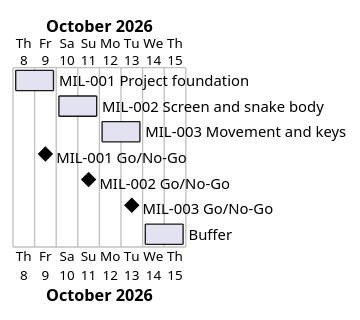
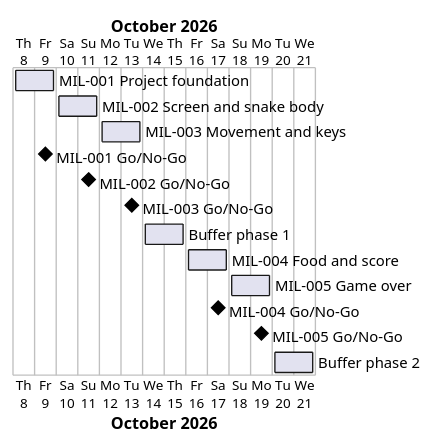
One commit to Tirsvad-Udemy-100-days-of-code/020-snake-game changed the diagram in docs/project-plan.md. Above: the diagram before and after it, drawn with PlantUML. The commit also changed other lines of this file and 14 other files, not shown here.

````diff
--- a/docs/project-plan.md
+++ b/docs/project-plan.md
@@ -54,12 +53,17 @@
 ```plantuml
 @startgantt
 Project starts 2026-10-08
 [MIL-001 Project foundation] starts 2026-10-08 and ends 2026-10-09
 [MIL-002 Screen and snake body] starts 2026-10-10 and ends 2026-10-11
 [MIL-003 Movement and keys] starts 2026-10-12 and ends 2026-10-13
 [MIL-001 Go/No-Go] happens 2026-10-09
 [MIL-002 Go/No-Go] happens 2026-10-11
 [MIL-003 Go/No-Go] happens 2026-10-13
-[Buffer] starts 2026-10-14 and ends 2026-10-15
+[Buffer phase 1] starts 2026-10-14 and ends 2026-10-15
+[MIL-004 Food and score] starts 2026-10-16 and ends 2026-10-17
+[MIL-005 Game over] starts 2026-10-18 and ends 2026-10-19
+[MIL-004 Go/No-Go] happens 2026-10-17
+[MIL-005 Go/No-Go] happens 2026-10-19
+[Buffer phase 2] starts 2026-10-20 and ends 2026-10-21
 @endgantt
 ```
````
